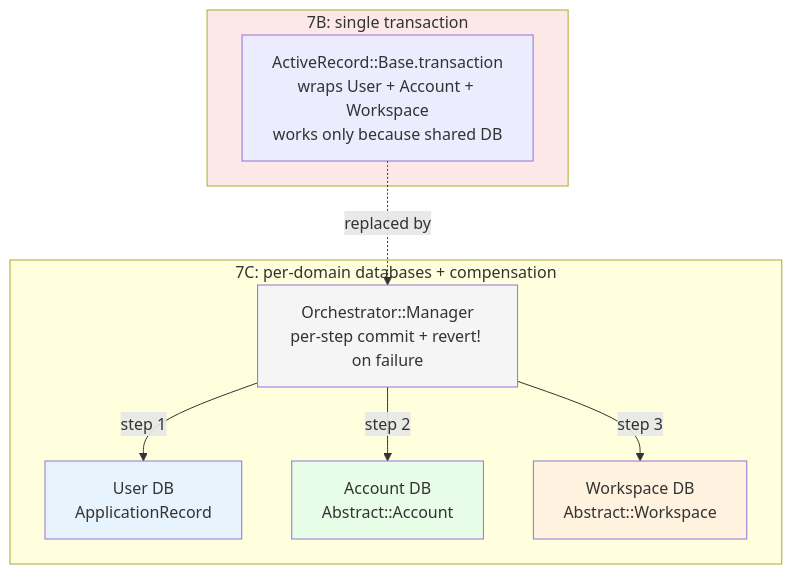
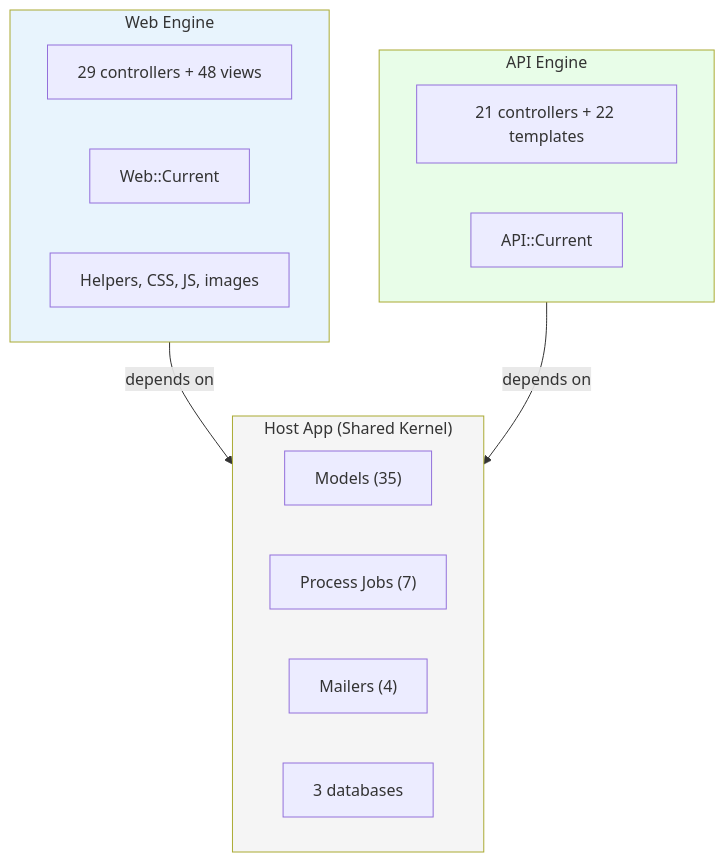
The third of 4 diagrams in README.md (railswhey/app), drawn with Mermaid before and after one commit. The commit also changed other lines of this file and 259 other files, not shown here.

Commit message:
7D: Extracting Web and API into engines over a headless Shared Kernel

````diff
--- a/README.md
+++ b/README.md
@@ -260,24 +117,27 @@
 ```mermaid
 flowchart TD
-  subgraph Before["7B: single transaction"]
-    TX["ActiveRecord::Base.transaction<br/>wraps User + Account + Workspace<br/>works only because shared DB"]
+  subgraph Kernel["Host App (Shared Kernel)"]
+    M["Models (35)"]
+    J["Process Jobs (7)"]
+    ML["Mailers (4)"]
+    DB["3 databases"]
   end
 
-  subgraph After["7C: per-domain databases + compensation"]
-    UDB["User DB<br/>ApplicationRecord"]
-    ADB["Account DB<br/>Abstract::Account"]
-    WDB["Workspace DB<br/>Abstract::Workspace"]
-    ORCH["Orchestrator::Manager<br/>per-step commit + revert! on failure"]
+  subgraph WebEng["Web Engine"]
+    WC["29 controllers + 48 views"]
+    WM["Web::Current"]
+    WA["Helpers, CSS, JS, images"]
   end
 
-  TX -.->|"replaced by"| ORCH
-  ORCH -->|"step 1"| UDB
-  ORCH -->|"step 2"| ADB
-  ORCH -->|"step 3"| WDB
+  subgraph APIEng["API Engine"]
+    AC["21 controllers + 22 templates"]
+    AM["API::Current"]
+  end
 
-  style Before fill:#fde8e8
-  style UDB fill:#e8f4fd
-  style ADB fill:#e8fde8
-  style WDB fill:#fff3e0
-  style ORCH fill:#f5f5f5
+  WebEng -->|"depends on"| Kernel
+  APIEng -->|"depends on"| Kernel
+
+  style Kernel fill:#f5f5f5
+  style WebEng fill:#e8f4fd
+  style APIEng fill:#e8fde8
 ```
````
